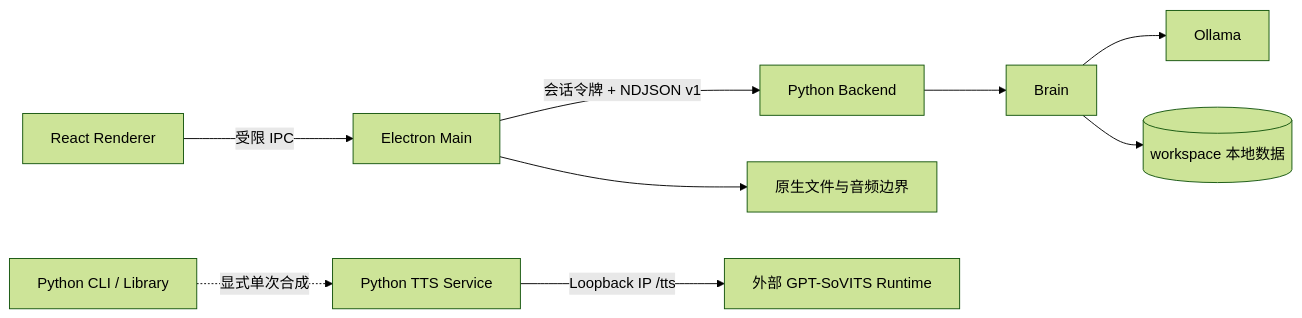
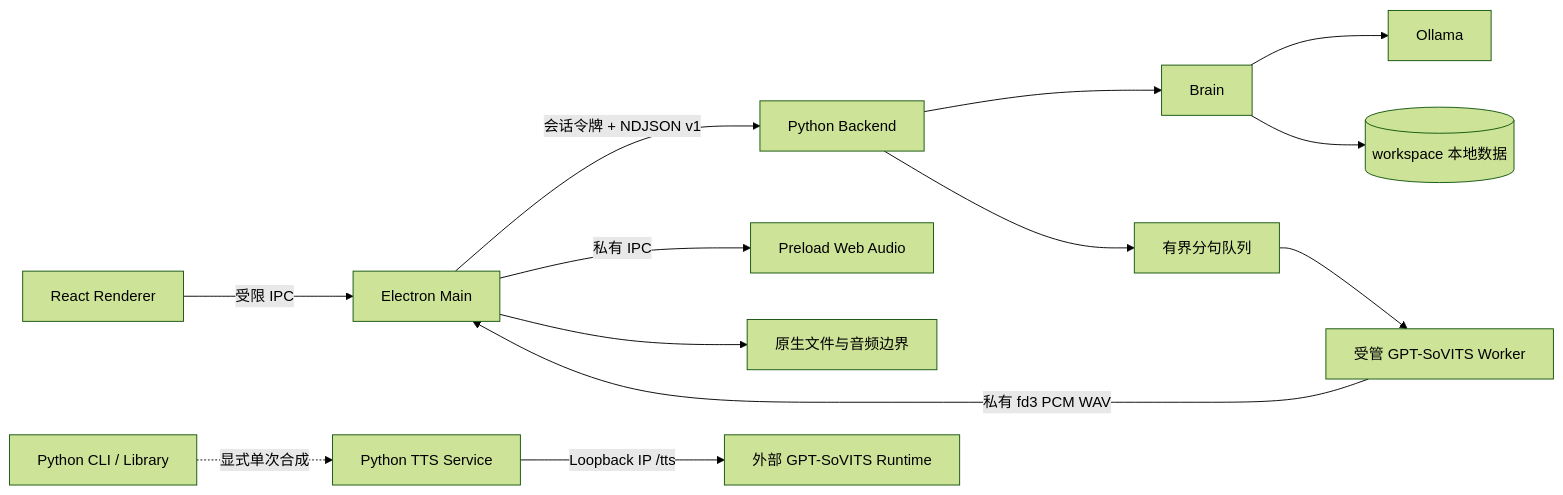
The diagram in README.md (ActorF/Elysia_AI), drawn with Mermaid (forest theme) before and after one commit. The commit also changed other lines of this file and 35 other files, not shown here.

````diff
--- a/README.md
+++ b/README.md
@@ -68,11 +68,15 @@
 ```mermaid
 flowchart LR
     R[React Renderer] -->|受限 IPC| E[Electron Main]
     E -->|会话令牌 + NDJSON v1| P[Python Backend]
     P --> B[Brain]
     B --> O[Ollama]
     B --> D[(workspace 本地数据)]
+    P --> Q[有界分句队列]
+    Q --> M[受管 GPT-SoVITS Worker]
+    M -->|私有 fd3 PCM WAV| E
+    E -->|私有 IPC| W[Preload Web Audio]
     C[Python CLI / Library] -. 显式单次合成 .-> T[Python TTS Service]
     T -->|Loopback IP /tts| G[外部 GPT-SoVITS Runtime]
     E --> H[原生文件与音频边界]
 ```
````
